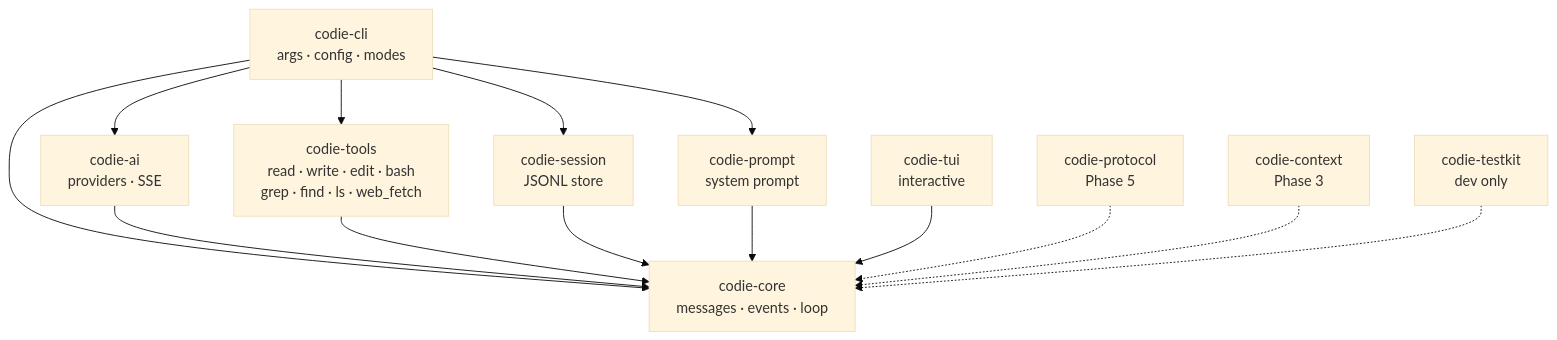
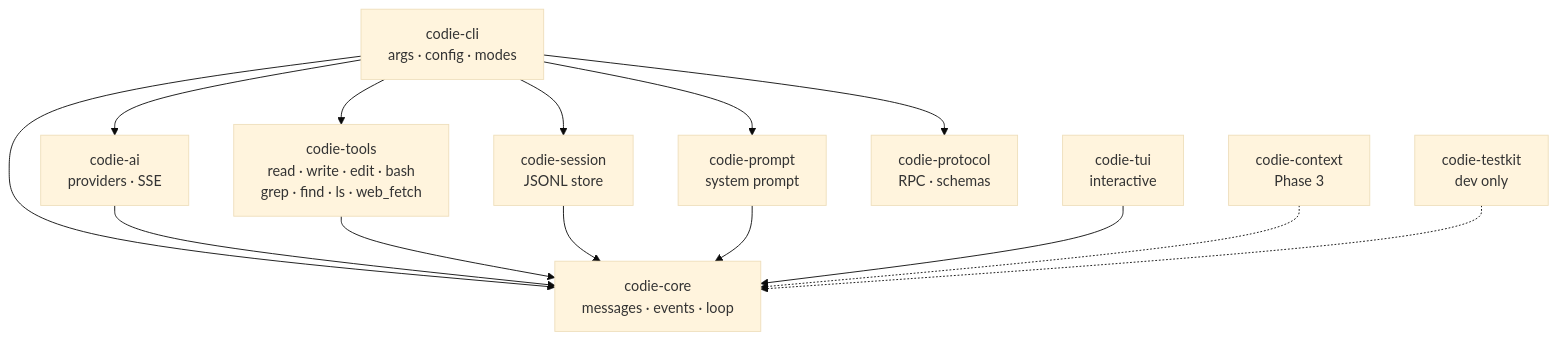
Before and after one commit to amardeepio/codie: the second of 2 diagrams in README.md, drawn with Mermaid (base theme). The commit also changed other lines of this file and 46 other files, not shown here.

First line of the commit message:
feat: implement Phase 5 — RPC, schemas, export, and polish

````diff
--- a/README.md
+++ b/README.md
@@ -66,31 +68,31 @@
 ```mermaid
 flowchart TD
     CLI["codie-cli<br/>args · config · modes"]
 
     CORE["codie-core<br/>messages · events · loop"]
     AI["codie-ai<br/>providers · SSE"]
     TOOLS["codie-tools<br/>read · write · edit · bash<br/>grep · find · ls · web_fetch"]
     SESSION["codie-session<br/>JSONL store"]
     PROMPT["codie-prompt<br/>system prompt"]
 
     TUI["codie-tui<br/>interactive"]
-    PROTO["codie-protocol<br/>Phase 5"]
+    PROTO["codie-protocol<br/>RPC · schemas"]
     CONTEXT["codie-context<br/>Phase 3"]
 
     CLI --> CORE
     CLI --> AI
     CLI --> TOOLS
     CLI --> SESSION
     CLI --> PROMPT
+    CLI --> PROTO
 
     AI --> CORE
     TOOLS --> CORE
     SESSION --> CORE
     PROMPT --> CORE
 
     TUI --> CORE
-    PROTO -.-> CORE
     CONTEXT -.-> CORE
 
     TESTKIT["codie-testkit<br/>dev only"] -.-> CORE
 ```
````
